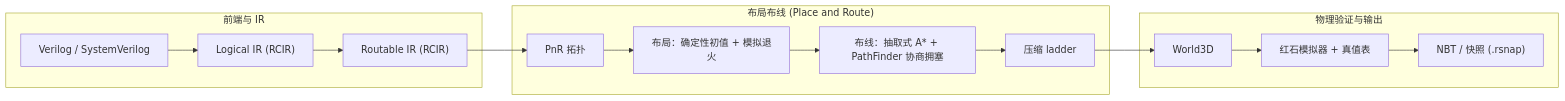
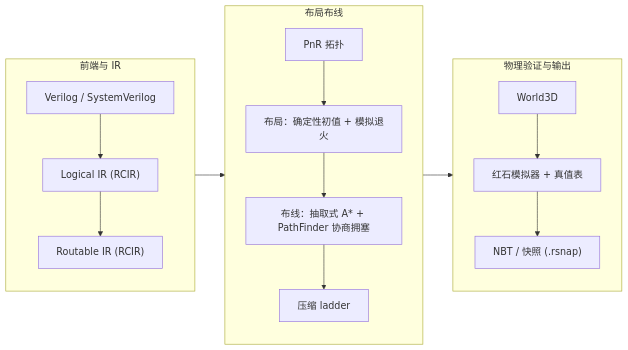
One commit to MineRealms/RedstoneTranslator changed the first of 2 diagrams in README.zh-CN.md. Above: the diagram before and after it, drawn with Mermaid. The commit also changed other lines of this file and 1 other file, not shown here.

First line of the commit message:
Lay out the README diagrams in compact vertical columns

````diff
--- a/README.zh-CN.md
+++ b/README.zh-CN.md
@@ -23,18 +23,21 @@
 ```mermaid
 flowchart LR
     subgraph frontend["前端与 IR"]
+        direction TB
         V["Verilog / SystemVerilog"] --> L["Logical IR (RCIR)"]
         L --> R["Routable IR (RCIR)"]
     end
-    subgraph pnr["布局布线 (Place and Route)"]
-        R --> T["PnR 拓扑"]
-        T --> P["布局：确定性初值 + 模拟退火"]
+    subgraph pnr["布局布线"]
+        direction TB
+        T["PnR 拓扑"] --> P["布局：确定性初值 + 模拟退火"]
         P --> RT["布线：抽取式 A* + PathFinder 协商拥塞"]
         RT --> C["压缩 ladder"]
     end
     subgraph verify["物理验证与输出"]
-        C --> W["World3D"]
-        W --> S["红石模拟器 + 真值表"]
+        direction TB
+        W["World3D"] --> S["红石模拟器 + 真值表"]
         S --> N["NBT / 快照 (.rsnap)"]
     end
+    R --> T
+    C --> W
 ```
````
